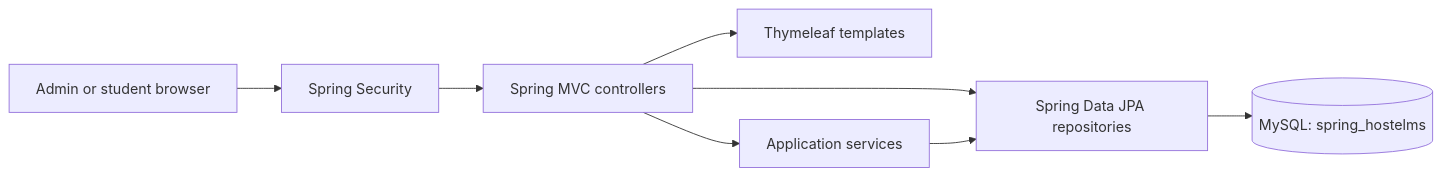
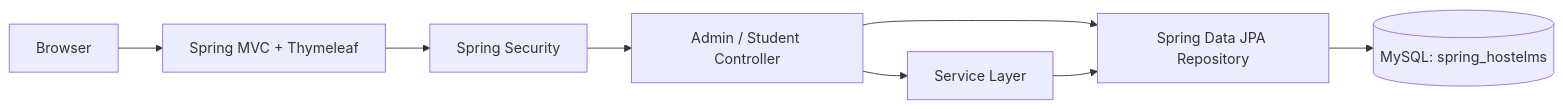
The second of 3 diagrams in README.md (JaganRaju07/HostelMS), drawn with Mermaid before and after one commit. The commit also changed other lines of this file, not shown here.

````diff
--- a/README.md
+++ b/README.md
@@ -38,10 +62,10 @@
 ```mermaid
 flowchart LR
-    Browser[Admin or student browser] --> Security[Spring Security]
-    Security --> Controllers[Spring MVC controllers]
-    Controllers --> Views[Thymeleaf templates]
-    Controllers --> Services[Application services]
-    Controllers --> Repositories[Spring Data JPA repositories]
-    Services --> Repositories
-    Repositories --> DB[(MySQL: spring_hostelms)]
+    Client[Browser] --> Web[Spring MVC + Thymeleaf]
+    Web --> Security[Spring Security]
+    Security --> Controller[Admin / Student Controller]
+    Controller --> Service[Service Layer]
+    Controller --> Repository[Spring Data JPA Repository]
+    Service --> Repository
+    Repository --> Database[(MySQL: spring_hostelms)]
 ```
````
